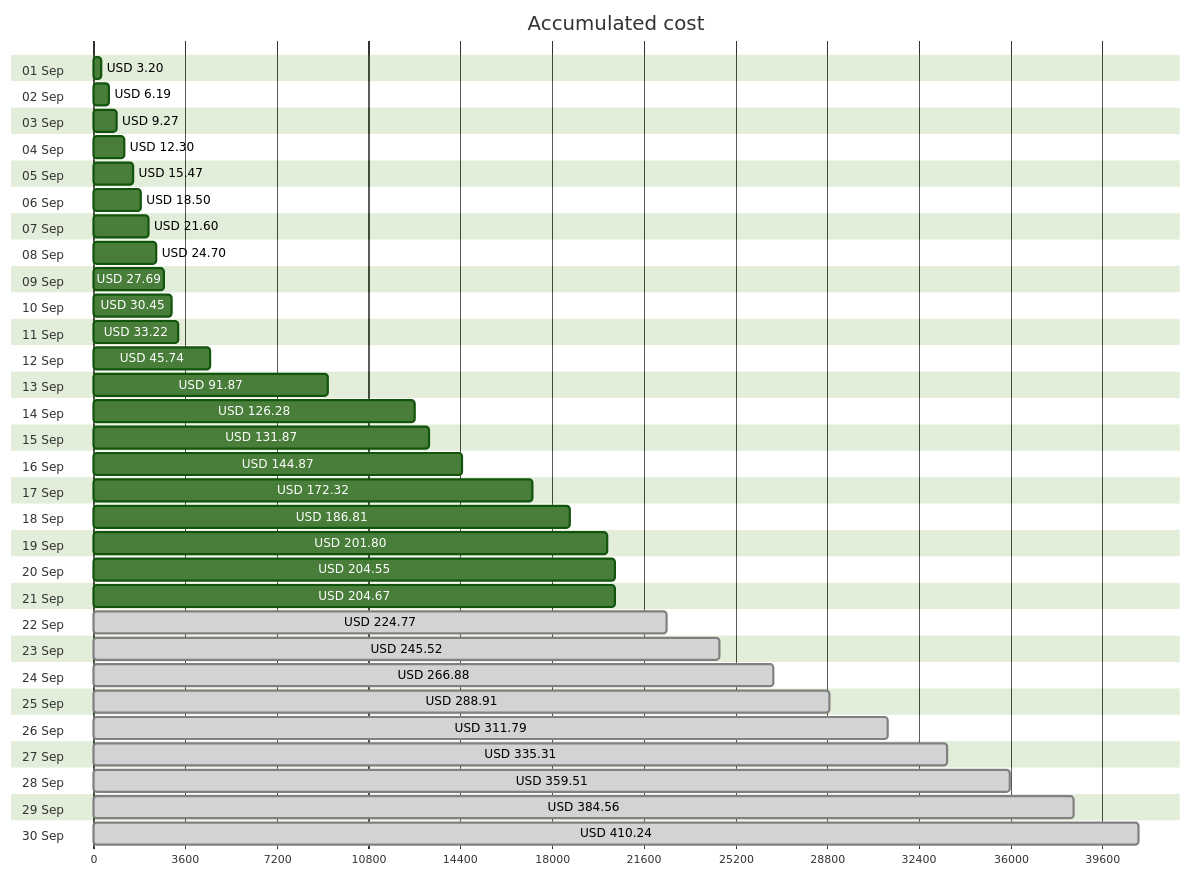
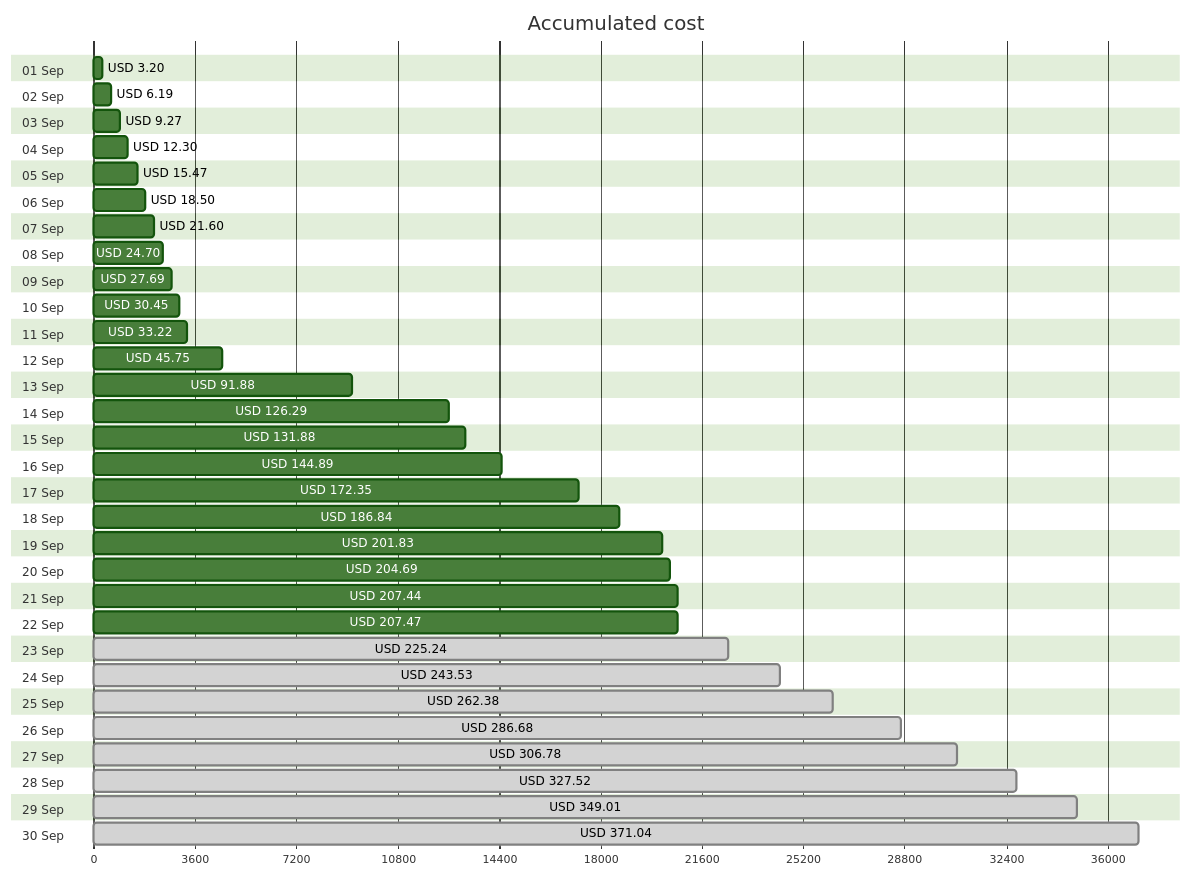
One commit to jpfulton/azure-personal-reports changed the first of 4 diagrams in cost-reports/personal-network/README.md. Above: the diagram before and after it, drawn with Mermaid (forest theme). The commit also changed other lines of this file and 9 other files, not shown here.

````diff
--- a/cost-reports/personal-network/README.md
+++ b/cost-reports/personal-network/README.md
@@ -20,66 +20,66 @@
 ```mermaid
 gantt
    title Accumulated cost
    dateFormat  X
    axisFormat %s
    section 01 Sep
    USD 3.20 :0, 320
    section 02 Sep
    USD 6.19 :0, 619
    section 03 Sep
    USD 9.27 :0, 927
    section 04 Sep
    USD 12.30 :0, 1230
    section 05 Sep
    USD 15.47 :0, 1547
    section 06 Sep
    USD 18.50 :0, 1850
    section 07 Sep
    USD 21.60 :0, 2160
    section 08 Sep
    USD 24.70 :0, 2470
    section 09 Sep
    USD 27.69 :0, 2769
    section 10 Sep
    USD 30.45 :0, 3045
    section 11 Sep
    USD 33.22 :0, 3322
    section 12 Sep
-   USD 45.74 :0, 4574
+   USD 45.75 :0, 4575
    section 13 Sep
-   USD 91.87 :0, 9187
+   USD 91.88 :0, 9188
    section 14 Sep
-   USD 126.28 :0, 12628
+   USD 126.29 :0, 12629
    section 15 Sep
-   USD 131.87 :0, 13187
+   USD 131.88 :0, 13188
    section 16 Sep
-   USD 144.87 :0, 14487
+   USD 144.89 :0, 14489
    section 17 Sep
-   USD 172.32 :0, 17232
+   USD 172.35 :0, 17235
    section 18 Sep
-   USD 186.81 :0, 18681
+   USD 186.84 :0, 18684
    section 19 Sep
-   USD 201.80 :0, 20180
+   USD 201.83 :0, 20183
    section 20 Sep
-   USD 204.55 :0, 20455
+   USD 204.69 :0, 20469
    section 21 Sep
-   USD 204.67 :0, 20467
+   USD 207.44 :0, 20744
    section 22 Sep
-   USD 224.77 : done, 0, 22477
+   USD 207.47 :0, 20747
    section 23 Sep
-   USD 245.52 : done, 0, 24552
+   USD 225.24 : done, 0, 22524
    section 24 Sep
-   USD 266.88 : done, 0, 26688
+   USD 243.53 : done, 0, 24353
    section 25 Sep
-   USD 288.91 : done, 0, 28891
+   USD 262.38 : done, 0, 26238
    section 26 Sep
-   USD 311.79 : done, 0, 31179
+   USD 286.68 : done, 0, 28668
    section 27 Sep
-   USD 335.31 : done, 0, 33531
+   USD 306.78 : done, 0, 30678
    section 28 Sep
-   USD 359.51 : done, 0, 35951
+   USD 327.52 : done, 0, 32752
    section 29 Sep
-   USD 384.56 : done, 0, 38456
+   USD 349.01 : done, 0, 34901
    section 30 Sep
-   USD 410.24 : done, 0, 41024
+   USD 371.04 : done, 0, 37104
 ```
````
